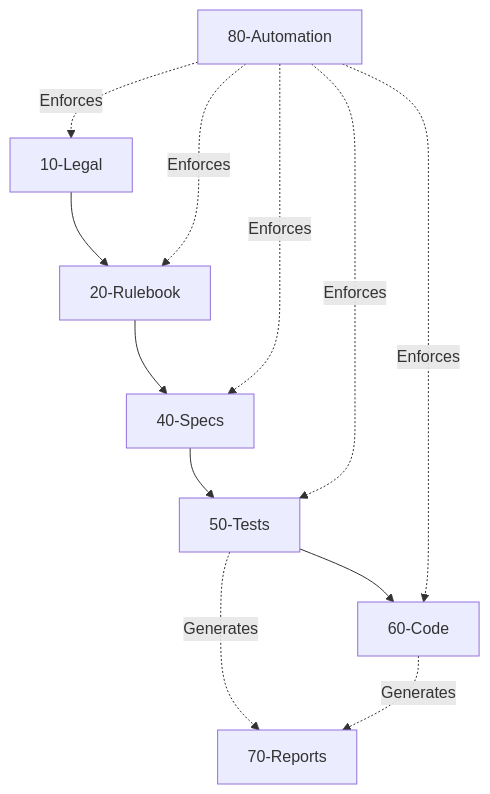
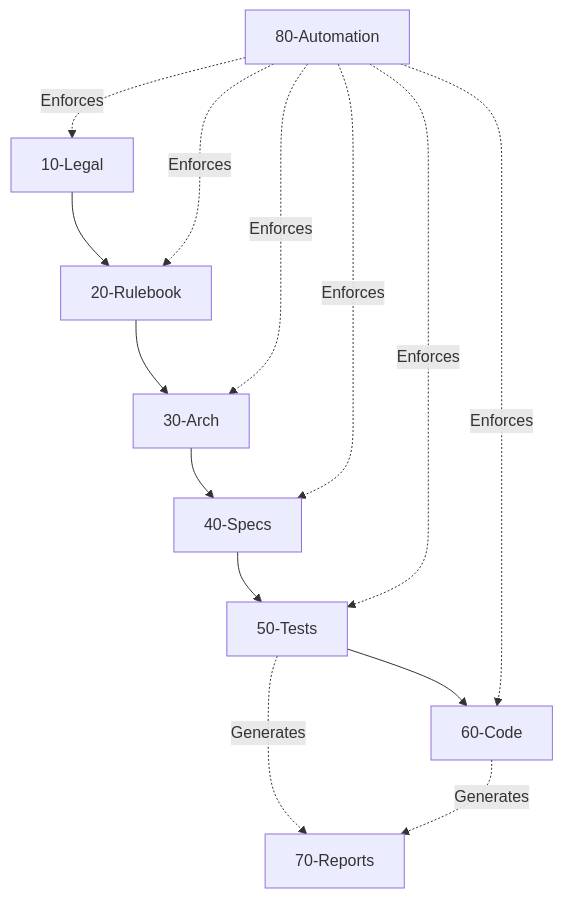
One commit to nnworkspace/presentations changed the first of 3 diagrams in elan_intro.md. Above: the diagram before and after it, drawn with Mermaid. The commit also changed other lines of this file, not shown here.

First line of the commit message:
feat(presentation): add architecture layer to elan intro

````diff
--- a/elan_intro.md
+++ b/elan_intro.md
@@ -119,16 +119,18 @@
 ```mermaid {scale: 0.9}
 graph TD
     L[10-Legal] --> R[20-Rulebook]
-    R --> S[40-Specs]
+    R --> A[30-Arch]
+    A --> S[40-Specs]
     S --> T[50-Tests]
     T --> C[60-Code]
     
     auth[80-Automation] -.->|Enforces| L
     auth -.->|Enforces| R
+    auth -.->|Enforces| A
     auth -.->|Enforces| S
     auth -.->|Enforces| T
     auth -.->|Enforces| C
     
     T -.->|Generates| Rep[70-Reports]
     C -.->|Generates| Rep
 ```
````
